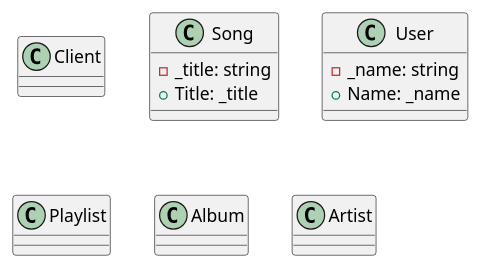
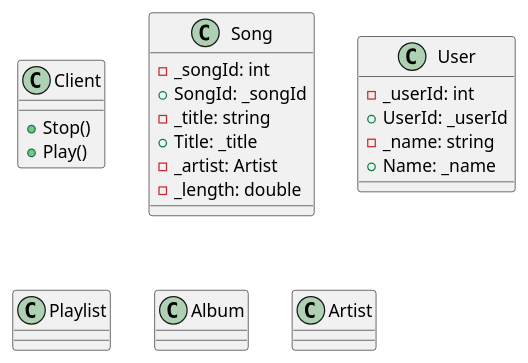
The diagram in class-diagram.puml (A-A-Tel/media-player), drawn with PlantUML before and after one commit.

Commit message:
sorry i have not pushed a day ago

```diff
--- a/class-diagram.puml
+++ b/class-diagram.puml
@@ -1,28 +1,36 @@
 @startuml
 
 class Client {
-
+    + Stop()
+    + Play()
 }
 
 class Song {
+    - _songId: int
+    + SongId: _songId
     - _title: string
     + Title: _title
+    - _artist: Artist
+    - _length: double
 }
 
 class User {
+    - _userId: int
+    + UserId: _userId
     - _name: string
     + Name: _name
 }
 
 class Playlist {
-
+    
 }
 
 class Album {
-
+    
 } 
 
 class Artist {
+    
 }
 
 @enduml
```
